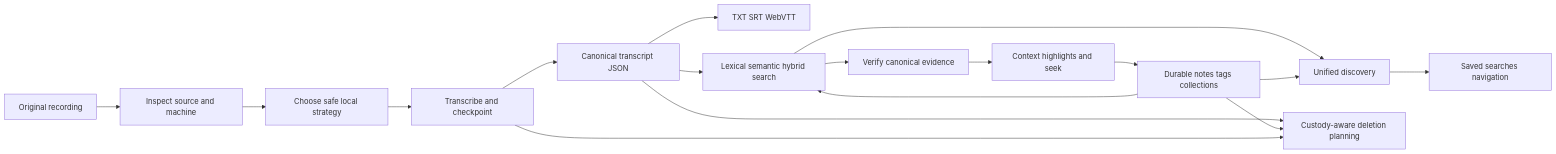
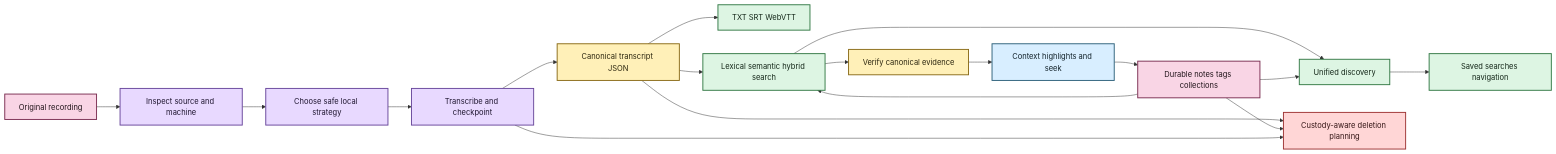
One commit to SSD1805/EchoFlow changed the diagram in README.md. Above: the diagram before and after it, drawn with Mermaid. The commit also changed other lines of this file, not shown here.

````diff
--- a/README.md
+++ b/README.md
@@ -54,19 +57,34 @@
 ```mermaid
 flowchart LR
     A[Original recording] --> B[Inspect source and machine]
     B --> C[Choose safe local strategy]
     C --> D[Transcribe and checkpoint]
     D --> E[Canonical transcript JSON]
     E --> F[TXT SRT WebVTT]
     E --> G[Lexical semantic hybrid search]
     G --> H[Verify canonical evidence]
     H --> I[Context highlights and seek]
     I --> J[Durable notes tags collections]
     J --> G
     G --> K[Unified discovery]
     J --> K
     K --> L[Saved searches navigation]
     E --> M[Custody-aware deletion planning]
     J --> M
     D --> M
+
+    classDef source fill:#F9D5E5,stroke:#7B2E52,stroke-width:2px,color:#22151B
+    classDef process fill:#E8D9FF,stroke:#68469B,stroke-width:2px,color:#1F1630
+    classDef evidence fill:#FFF0B8,stroke:#8A6B18,stroke-width:2px,color:#2C260F
+    classDef view fill:#DDF5E3,stroke:#347A46,stroke-width:2px,color:#142719
+    classDef inspect fill:#D8EEFF,stroke:#2E617B,stroke-width:2px,color:#12222A
+    classDef stop fill:#FFD6D6,stroke:#9E3434,stroke-width:2px,color:#351616
+
+    class A source
+    class B,C,D process
+    class E,H evidence
+    class F,G,K,L view
+    class I inspect
+    class J source
+    class M stop
 ```
````
